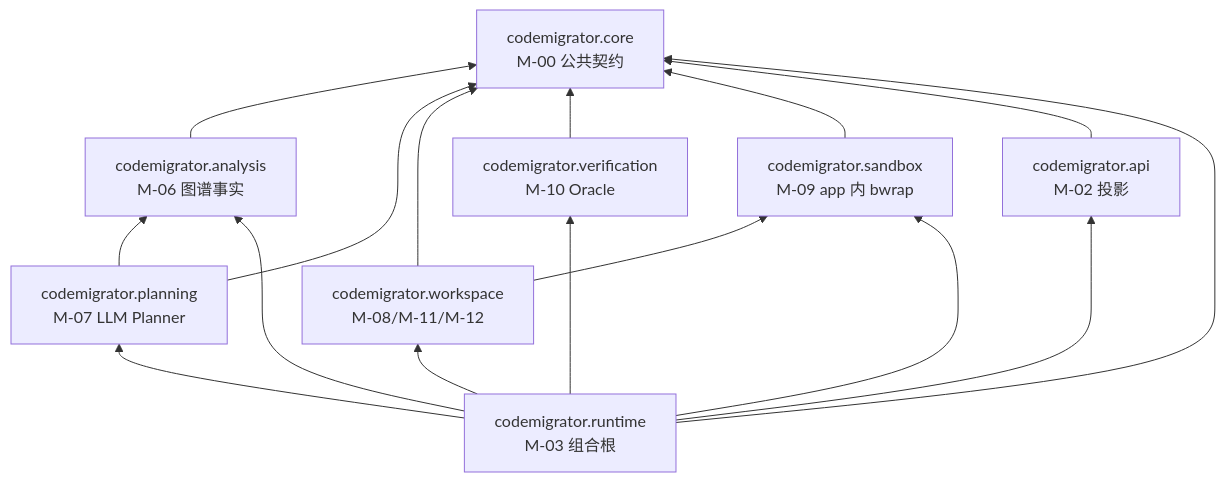
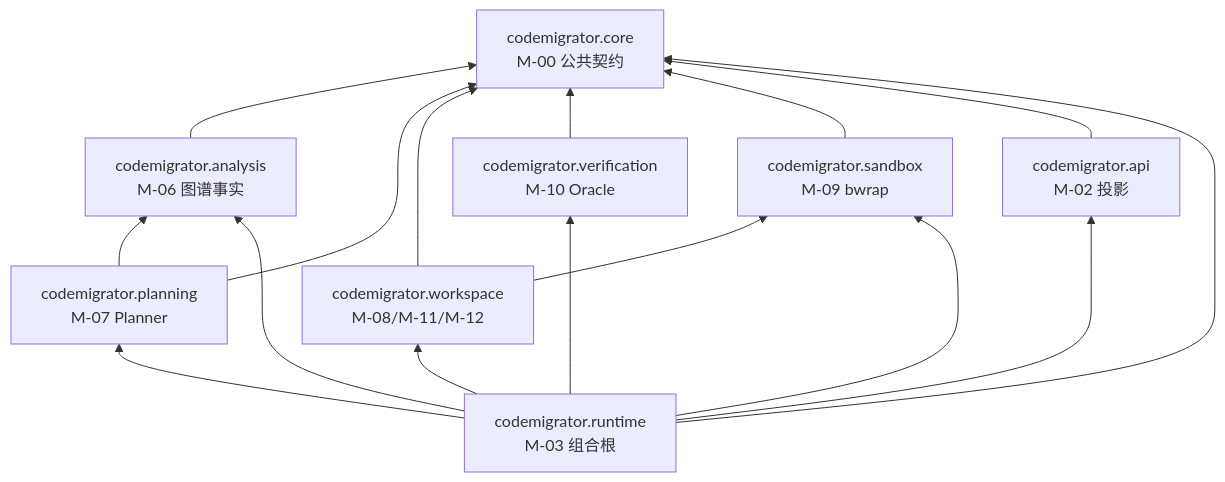
One commit to LT0X/CodeMigrator changed the first of 4 diagrams in my_space/codemigrator_dev_progress/CodeMigrator开发任务规划与进度跟踪.md. Above: the diagram before and after it, drawn with Mermaid. The commit also changed other lines of this file and 37 other files, not shown here.

````diff
--- a/my_space/codemigrator_dev_progress/CodeMigrator开发任务规划与进度跟踪.md
+++ b/my_space/codemigrator_dev_progress/CodeMigrator开发任务规划与进度跟踪.md
@@ -188,27 +216,27 @@
 ```mermaid
 flowchart BT
     core["codemigrator.core<br/>M-00 公共契约"]
     analysis["codemigrator.analysis<br/>M-06 图谱事实"]
-    planning["codemigrator.planning<br/>M-07 LLM Planner"]
+    planning["codemigrator.planning<br/>M-07 Planner"]
     workspace["codemigrator.workspace<br/>M-08/M-11/M-12"]
     verification["codemigrator.verification<br/>M-10 Oracle"]
-    sandbox["codemigrator.sandbox<br/>M-09 app 内 bwrap"]
+    sandbox["codemigrator.sandbox<br/>M-09 bwrap"]
     api["codemigrator.api<br/>M-02 投影"]
     runtime["codemigrator.runtime<br/>M-03 组合根"]
 
     analysis --> core
     planning --> core
     planning --> analysis
     workspace --> core
     workspace --> sandbox
     verification --> core
     sandbox --> core
     api --> core
     runtime --> core
     runtime --> analysis
     runtime --> planning
     runtime --> workspace
     runtime --> verification
     runtime --> sandbox
     runtime --> api
 ```
````
